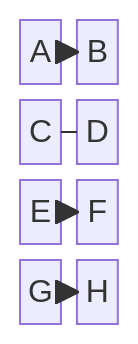
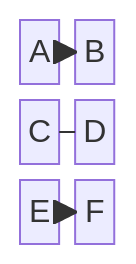
One commit to bostonaholic/skills changed diagram 12 of 20 in skills/engineering/drawing-mermaid-diagrams/references/block.md. Above: the diagram before and after it, drawn with Mermaid. The commit also changed other lines of this file and 35 other files, not shown here.

````diff
--- a/skills/engineering/drawing-mermaid-diagrams/references/block.md
+++ b/skills/engineering/drawing-mermaid-diagrams/references/block.md
@@ -161,8 +173,7 @@
 ```mermaid
 block-beta
     columns 2
     a["A"] --> b["B"]
     c["C"] --- d["D"]
     e["E"] -.-> f["F"]
-    g["G"] ==> h["H"]
 ```
````
